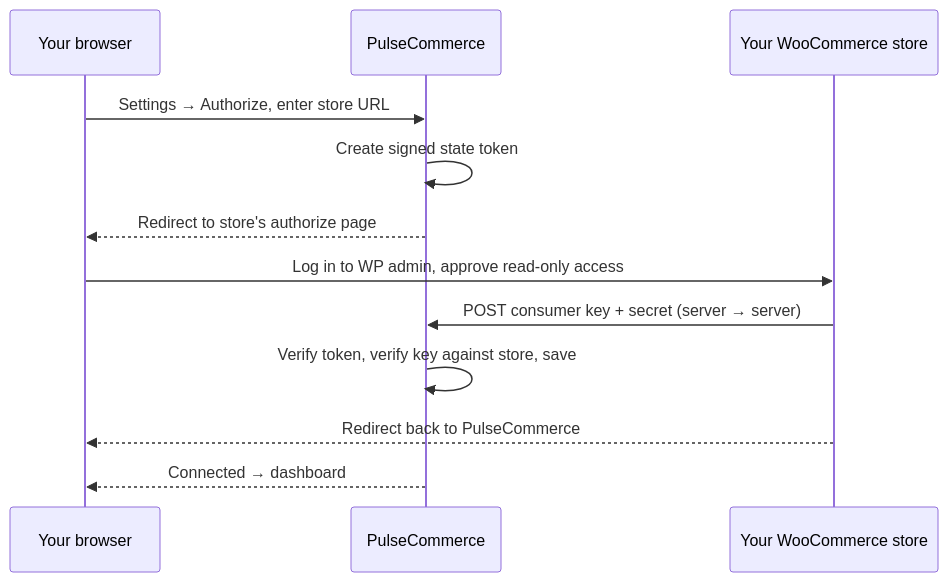
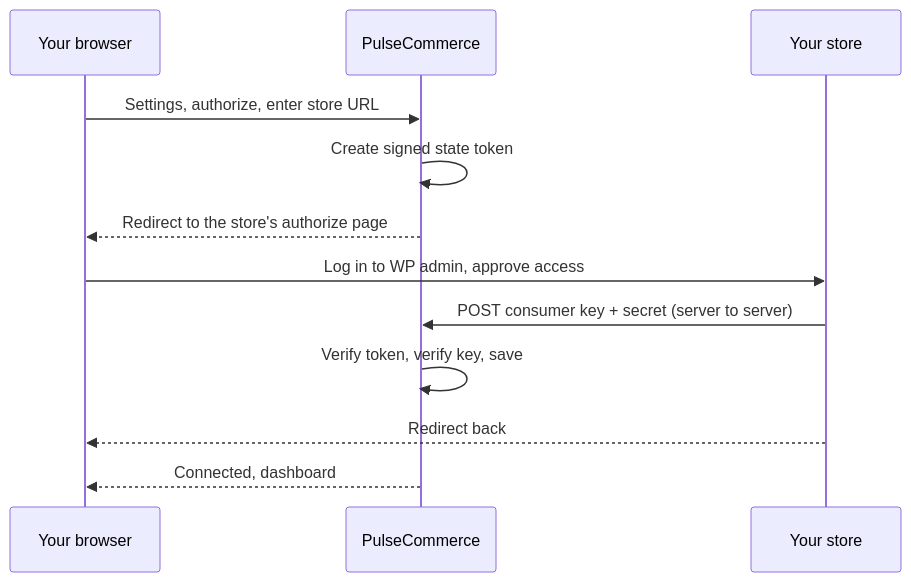
The fourth of 4 diagrams in README.md (Setups-Works/PulseCommerce), drawn with Mermaid before and after one commit. The commit also changed other lines of this file and 4 other files, not shown here.

````diff
--- a/README.md
+++ b/README.md
@@ -448,15 +567,15 @@
 ```mermaid
 sequenceDiagram
     participant B as Your browser
     participant A as PulseCommerce
-    participant W as Your WooCommerce store
+    participant W as Your store
 
-    B->>A: Settings → Authorize, enter store URL
+    B->>A: Settings, authorize, enter store URL
     A->>A: Create signed state token
-    A-->>B: Redirect to store's authorize page
-    B->>W: Log in to WP admin, approve read-only access
-    W->>A: POST consumer key + secret (server → server)
-    A->>A: Verify token, verify key against store, save
-    W-->>B: Redirect back to PulseCommerce
-    A-->>B: Connected → dashboard
+    A-->>B: Redirect to the store's authorize page
+    B->>W: Log in to WP admin, approve access
+    W->>A: POST consumer key + secret (server to server)
+    A->>A: Verify token, verify key, save
+    W-->>B: Redirect back
+    A-->>B: Connected, dashboard
 ```
````
